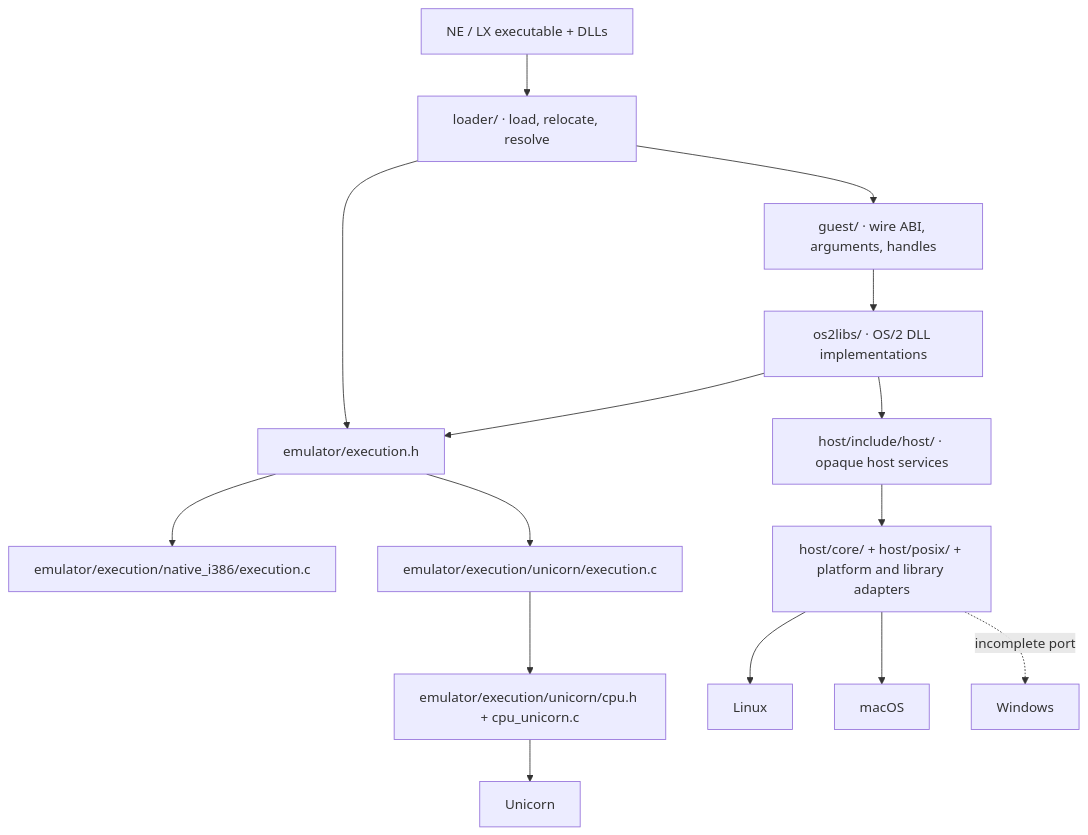
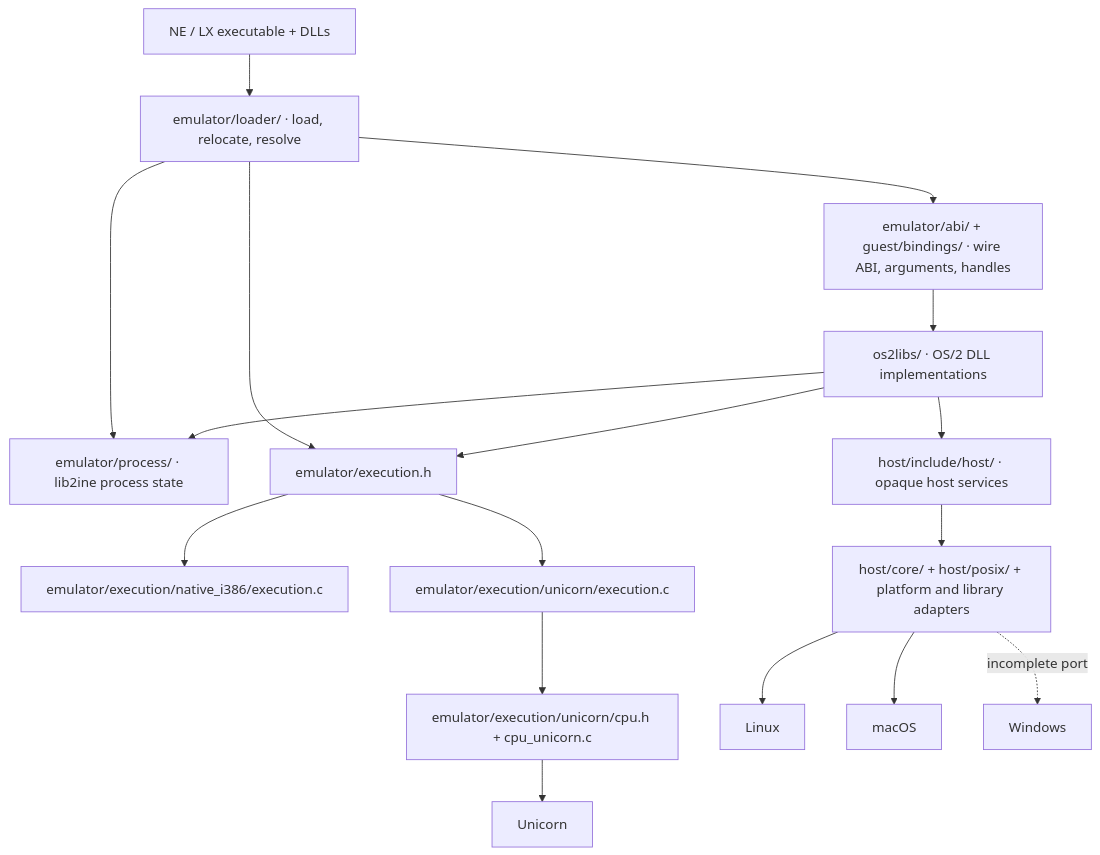
The first of 9 diagrams in docs/architecture.md (bitwisecook/2ine), drawn with Mermaid before and after one commit. The commit also changed other lines of this file and 5 other files, not shown here.

First line of the commit message:
Describe the emulator component in emulator.md and the architecture docs

````diff
--- a/docs/architecture.md
+++ b/docs/architecture.md
@@ -9,16 +9,18 @@
 ```mermaid
 flowchart TD
-    Image["NE / LX executable + DLLs"] --> Loader["loader/ · load, relocate, resolve"]
-    Loader --> Guest["guest/ · wire ABI, arguments, handles"]
+    Image["NE / LX executable + DLLs"] --> Loader["emulator/loader/ · load, relocate, resolve"]
+    Loader --> Process["emulator/process/ · lib2ine process state"]
+    Loader --> Guest["emulator/abi/ + guest/bindings/ · wire ABI, arguments, handles"]
     Guest --> APIs["os2libs/ · OS/2 DLL implementations"]
+    APIs --> Process
     Loader --> Execution["emulator/execution.h"]
     APIs --> Execution
     Execution --> Native["emulator/execution/native_i386/execution.c"]
     Execution --> Emulator["emulator/execution/unicorn/execution.c"]
     Emulator --> CPU["emulator/execution/unicorn/cpu.h + cpu_unicorn.c"] --> Unicorn["Unicorn"]
     APIs --> Host["host/include/host/ · opaque host services"]
     Host --> Adapters["host/core/ + host/posix/ + platform and library adapters"]
     Adapters --> Linux["Linux"]
     Adapters --> Mac["macOS"]
     Adapters -. incomplete port .-> Windows["Windows"]
 ```
````
